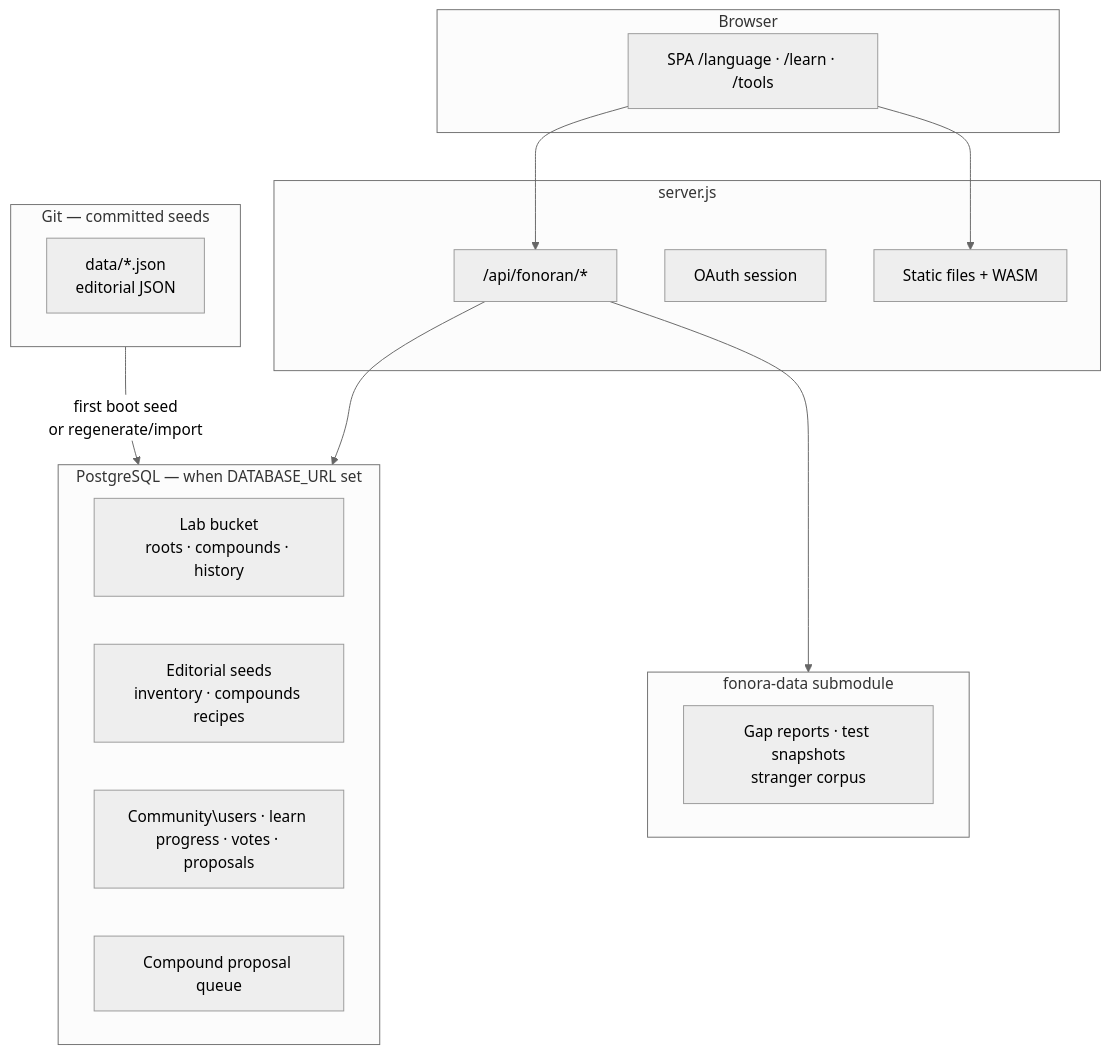
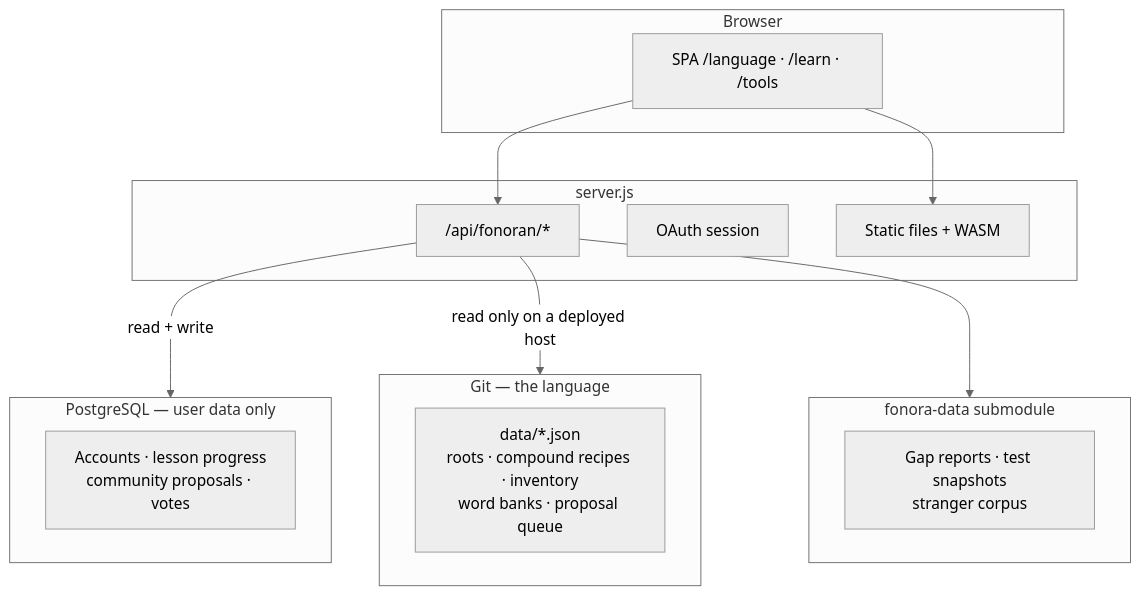
Before and after one commit to Fonora/fonora: the diagram in docs/deploy.md, drawn with Mermaid (neutral theme). The commit also changed other lines of this file and 34 other files, not shown here.

````diff
--- a/docs/deploy.md
+++ b/docs/deploy.md
@@ -85,28 +84,25 @@
 ```mermaid
 flowchart TB
   subgraph browser [Browser]
     SPA["SPA /language · /learn · /tools"]
   end
   subgraph server [server.js]
     API["/api/fonoran/*"]
     OAuth["OAuth session"]
     Static["Static files + WASM"]
   end
-  subgraph postgres [PostgreSQL — when DATABASE_URL set]
-    Lab["Lab bucket\nroots · compounds · history"]
-    Editorial["Editorial seeds\ninventory · compounds recipes"]
-    Community["Community\users · learn progress · votes · proposals"]
-    PropQueue["Compound proposal queue"]
+  subgraph postgres [PostgreSQL — user data only]
+    Community["Accounts · lesson progress\ncommunity proposals · votes"]
   end
-  subgraph gitSeeds [Git — committed seeds]
-    DataJSON["data/*.json\neditorial JSON"]
+  subgraph gitSeeds [Git — the language]
+    DataJSON["data/*.json\nroots · compound recipes · inventory\nword banks · proposal queue"]
   end
   subgraph fonoraData [fonora-data submodule]
     Cache["Gap reports · test snapshots\nstranger corpus"]
   end
   SPA --> API
   SPA --> Static
-  API --> postgres
-  gitSeeds -->|"first boot seed\nor regenerate/import"| postgres
+  API -->|"read + write"| postgres
+  API -->|"read only on a deployed host"| gitSeeds
   API --> fonoraData
 ```
````
